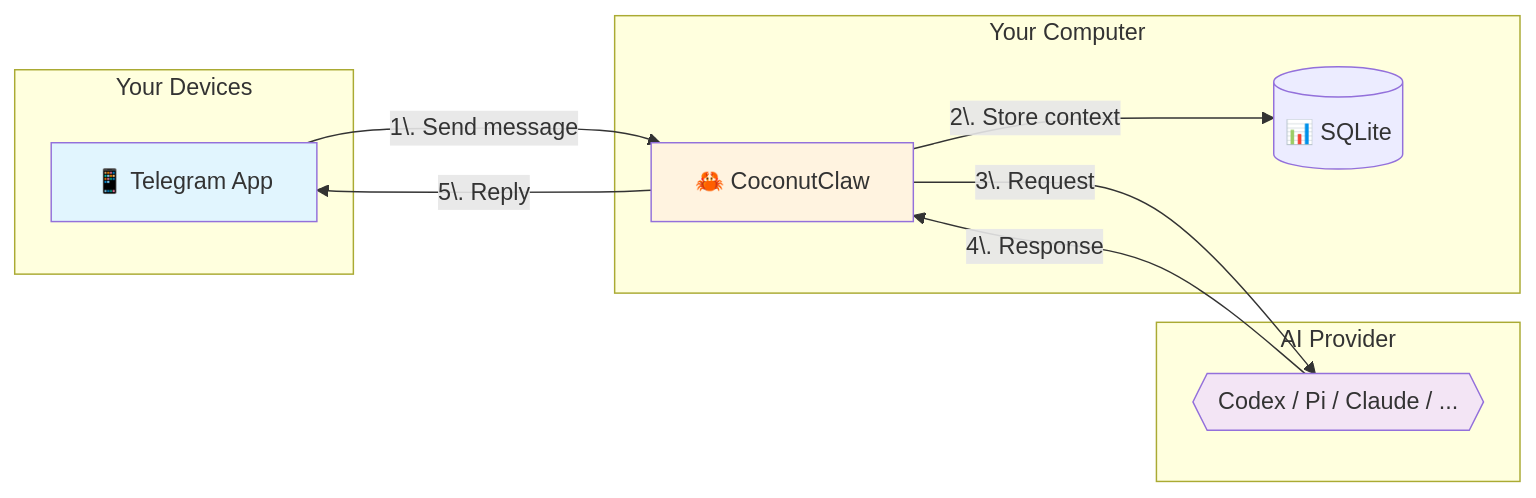
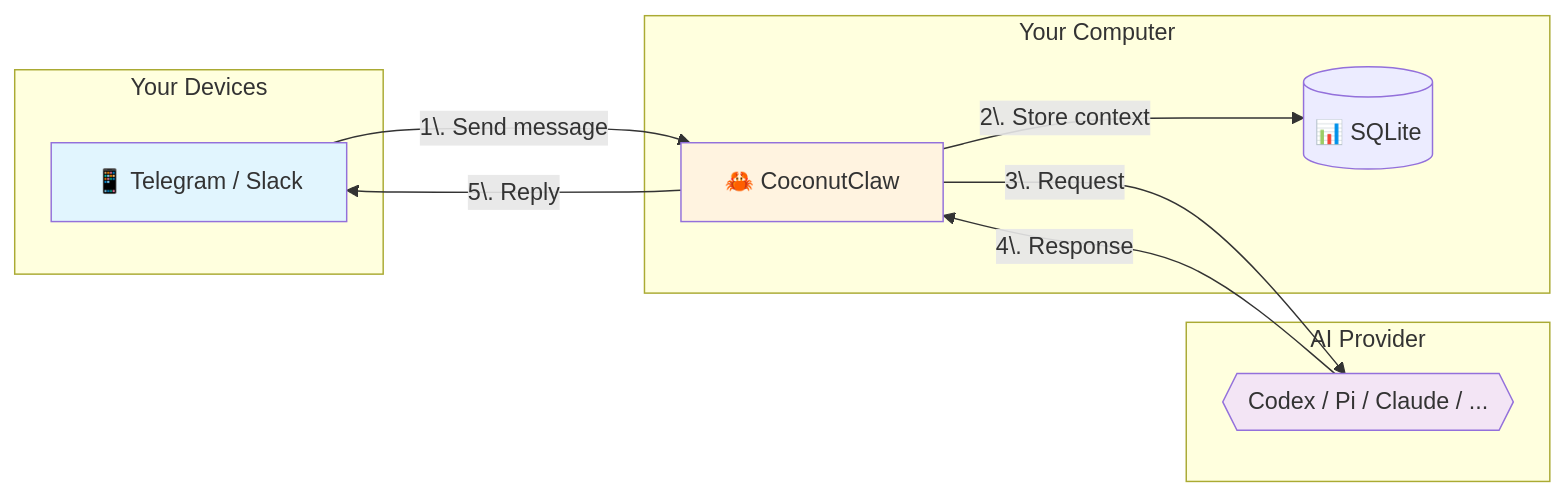
One commit to lsj5031/CoconutClaw changed the diagram in README.md. Above: the diagram before and after it, drawn with Mermaid. The commit also changed other lines of this file and 14 other files, not shown here.

````diff
--- a/README.md
+++ b/README.md
@@ -134,25 +329,25 @@
 ```mermaid
 flowchart LR
     subgraph User["Your Devices"]
-        A[📱 Telegram App]
+        A[📱 Telegram / Slack]
     end
 
     subgraph Local["Your Computer"]
         B[🦀 CoconutClaw]
         C[(📊 SQLite)]
     end
 
     subgraph AI["AI Provider"]
         D{{Codex / Pi / Claude / ...}}
     end
 
     A -->|"1\. Send message"| B
     B -->|"2\. Store context"| C
     B -->|"3\. Request"| D
     D -->|"4\. Response"| B
     B -->|"5\. Reply"| A
 
     style A fill:#e1f5fe
     style B fill:#fff3e0
     style D fill:#f3e5f5
 ```
````
